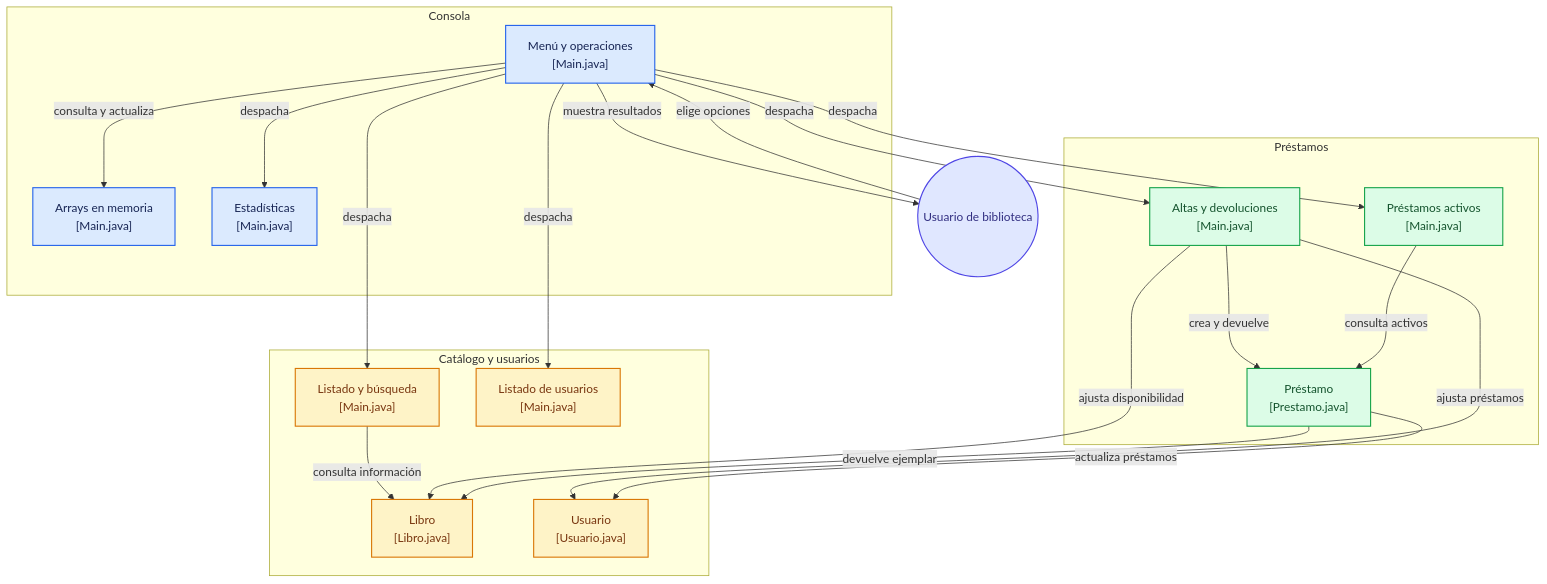
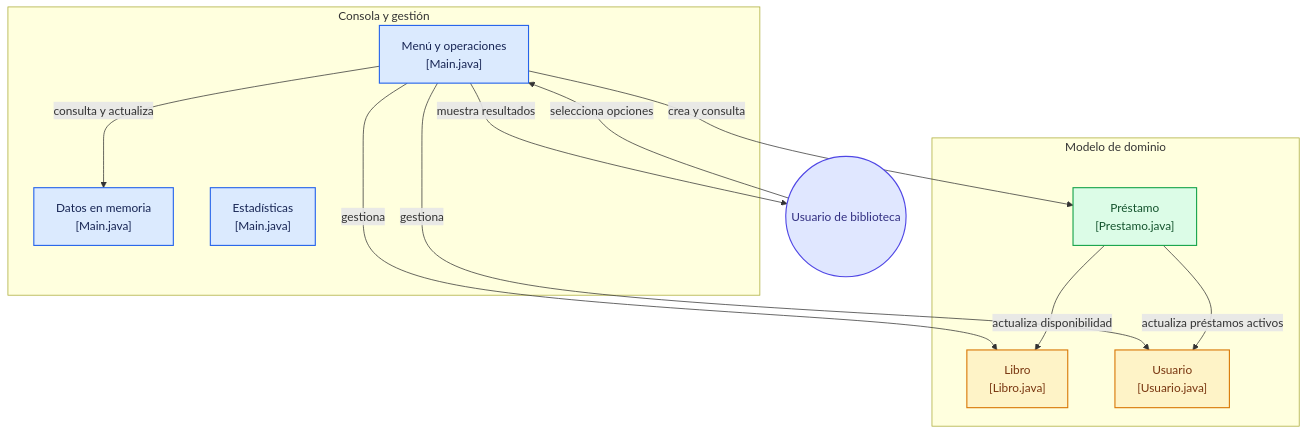
One commit to Ian-Arica/sistema_gestion_biblioteca changed the diagram in README.md. Above: the diagram before and after it, drawn with Mermaid. The commit also changed other lines of this file, not shown here.

````diff
--- a/README.md
+++ b/README.md
@@ -49,63 +34,41 @@
 ```mermaid
 flowchart TD
 
-subgraph group_console["Consola"]
+subgraph group_console["Consola y gestión"]
   node_main["Menú y operaciones<br/>[Main.java]"]
-  node_arrays["Arrays en memoria<br/>[Main.java]"]
+  node_arrays["Datos en memoria<br/>[Main.java]"]
   node_stats["Estadísticas<br/>[Main.java]"]
 end
 
-subgraph group_catalog["Catálogo y usuarios"]
+subgraph group_domain["Modelo de dominio"]
   node_book["Libro<br/>[Libro.java]"]
-  node_member["Usuario<br/>[Usuario.java]"]
-  node_catalog_ops["Listado y búsqueda<br/>[Main.java]"]
-  node_member_ops["Listado de usuarios<br/>[Main.java]"]
+  node_user["Usuario<br/>[Usuario.java]"]
+  node_loan["Préstamo<br/>[Prestamo.java]"]
 end
 
-subgraph group_circulation["Préstamos"]
-  node_loan["Préstamo<br/>[Prestamo.java]"]
-  node_loan_ops["Altas y devoluciones<br/>[Main.java]"]
-  node_active_ops["Préstamos activos<br/>[Main.java]"]
-end
+node_actor(("Usuario de biblioteca"))
 
-node_user(("Usuario de biblioteca"))
-
-node_user -->|"elige opciones"| node_main
-node_main -->|"muestra resultados"| node_user
+node_actor -->|"selecciona opciones"| node_main
+node_main -->|"muestra resultados"| node_actor
 node_main -->|"consulta y actualiza"| node_arrays
-node_main -->|"despacha"| node_catalog_ops
-node_main -->|"despacha"| node_member_ops
-node_main -->|"despacha"| node_loan_ops
-node_main -->|"despacha"| node_active_ops
-node_main -->|"despacha"| node_stats
-node_catalog_ops -->|"consulta información"| node_book
-node_loan_ops -->|"crea y devuelve"| node_loan
-node_loan_ops -->|"ajusta disponibilidad"| node_book
-node_loan_ops -->|"ajusta préstamos"| node_member
-node_active_ops -->|"consulta activos"| node_loan
-node_loan -->|"devuelve ejemplar"| node_book
-node_loan -->|"actualiza préstamos"| node_member
+node_main -->|"gestiona"| node_book
+node_main -->|"gestiona"| node_user
+node_main -->|"crea y consulta"| node_loan
+node_loan -->|"actualiza disponibilidad"| node_book
+node_loan -->|"actualiza préstamos activos"| node_user
 
 click node_main "https://github.com/ian-arica/sistema_gestion_biblioteca/blob/main/src/main/java/biblioteca/Main.java"
-click node_arrays "https://github.com/ian-arica/sistema_gestion_biblioteca/blob/main/src/main/java/biblioteca/Main.java"
 click node_book "https://github.com/ian-arica/sistema_gestion_biblioteca/blob/main/src/main/java/biblioteca/Libro.java"
-click node_member "https://github.com/ian-arica/sistema_gestion_biblioteca/blob/main/src/main/java/biblioteca/Usuario.java"
+click node_user "https://github.com/ian-arica/sistema_gestion_biblioteca/blob/main/src/main/java/biblioteca/Usuario.java"
 click node_loan "https://github.com/ian-arica/sistema_gestion_biblioteca/blob/main/src/main/java/biblioteca/Prestamo.java"
-click node_catalog_ops "https://github.com/ian-arica/sistema_gestion_biblioteca/blob/main/src/main/java/biblioteca/Main.java"
-click node_member_ops "https://github.com/ian-arica/sistema_gestion_biblioteca/blob/main/src/main/java/biblioteca/Main.java"
-click node_loan_ops "https://github.com/ian-arica/sistema_gestion_biblioteca/blob/main/src/main/java/biblioteca/Main.java"
-click node_active_ops "https://github.com/ian-arica/sistema_gestion_biblioteca/blob/main/src/main/java/biblioteca/Main.java"
-click node_stats "https://github.com/ian-arica/sistema_gestion_biblioteca/blob/main/src/main/java/biblioteca/Main.java"
 
-classDef toneNeutral fill:#f8fafc,stroke:#334155,stroke-width:1.5px,color:#0f172a
 classDef toneBlue fill:#dbeafe,stroke:#2563eb,stroke-width:1.5px,color:#172554
 classDef toneAmber fill:#fef3c7,stroke:#d97706,stroke-width:1.5px,color:#78350f
 classDef toneMint fill:#dcfce7,stroke:#16a34a,stroke-width:1.5px,color:#14532d
-classDef toneRose fill:#ffe4e6,stroke:#e11d48,stroke-width:1.5px,color:#881337
 classDef toneIndigo fill:#e0e7ff,stroke:#4f46e5,stroke-width:1.5px,color:#312e81
-classDef toneTeal fill:#ccfbf1,stroke:#0f766e,stroke-width:1.5px,color:#134e4a
+
 class node_main,node_arrays,node_stats toneBlue
-class node_book,node_member,node_catalog_ops,node_member_ops toneAmber
-class node_loan,node_loan_ops,node_active_ops toneMint
-class node_user toneIndigo
+class node_book,node_user toneAmber
+class node_loan toneMint
+class node_actor toneIndigo
 ```
````
